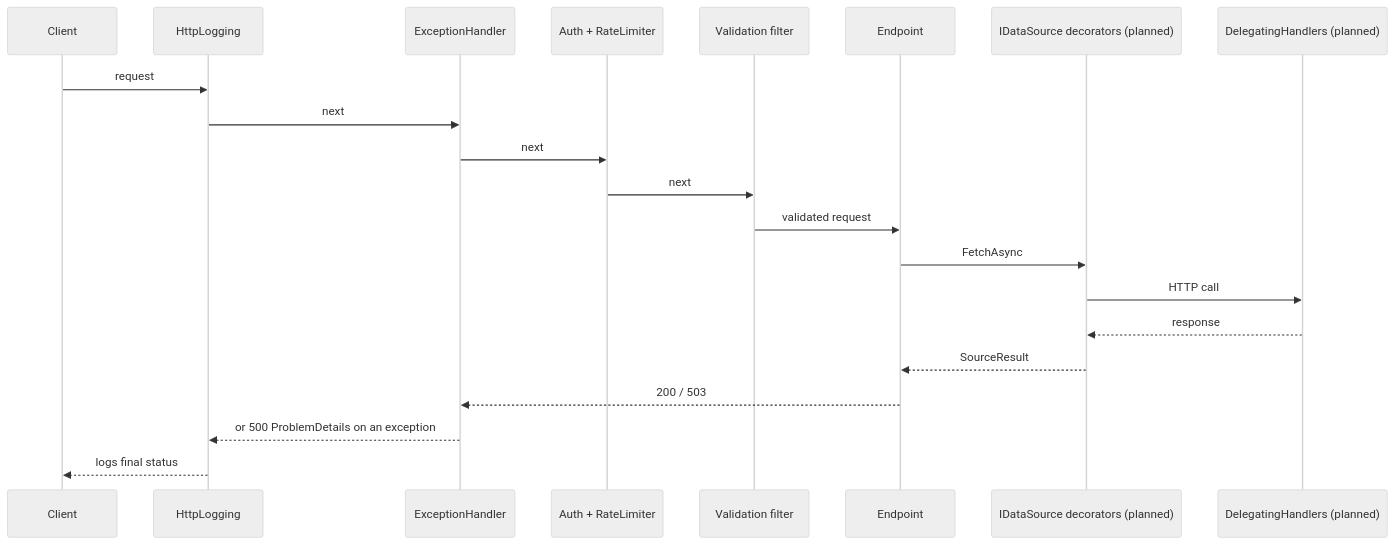
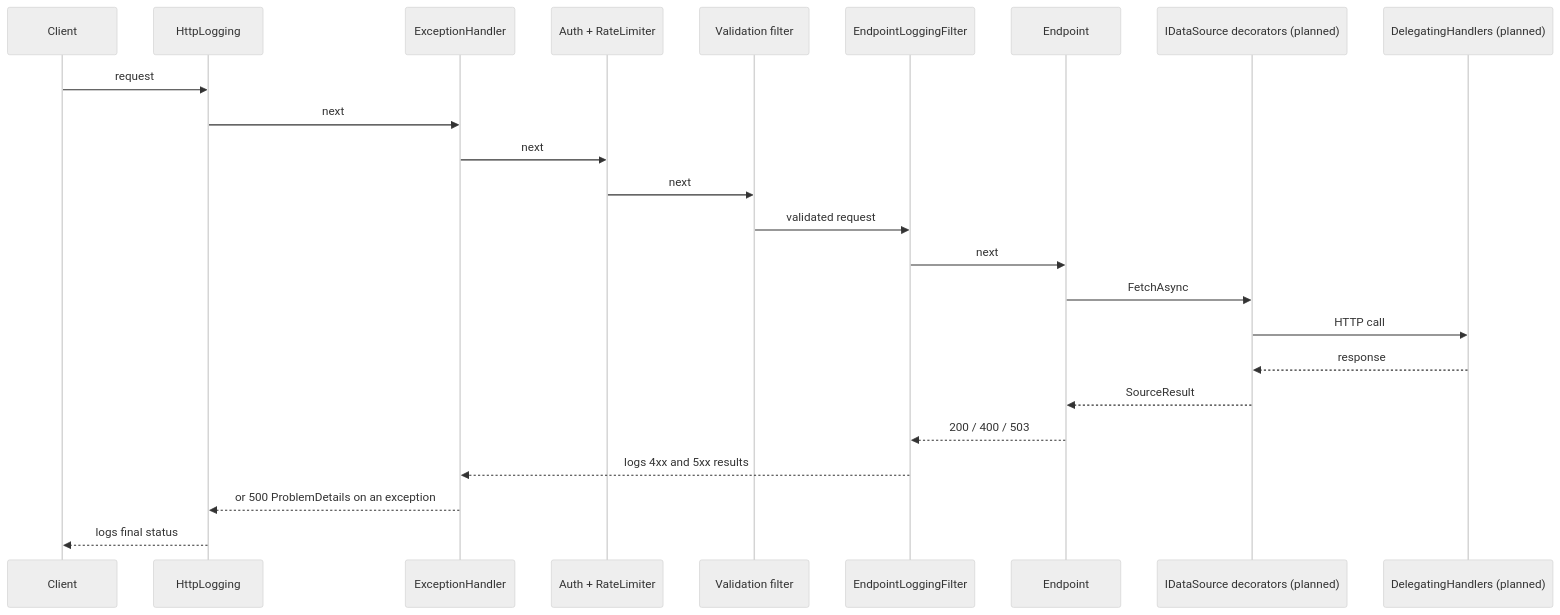
One commit to gokcekuvandik/api-aggregator changed the diagram in README.md. Above: the diagram before and after it, drawn with Mermaid (neutral theme). The commit also changed other lines of this file and 10 other files, not shown here.

````diff
--- a/README.md
+++ b/README.md
@@ -176,23 +177,26 @@
 ```mermaid
 sequenceDiagram
     participant C as Client
     participant L as HttpLogging
     participant E as ExceptionHandler
     participant A as Auth + RateLimiter
     participant V as Validation filter
+    participant F as EndpointLoggingFilter
     participant H as Endpoint
     participant S as IDataSource decorators (planned)
     participant D as DelegatingHandlers (planned)
     C->>L: request
     L->>E: next
     E->>A: next
     A->>V: next
-    V->>H: validated request
+    V->>F: validated request
+    F->>H: next
     H->>S: FetchAsync
     S->>D: HTTP call
     D-->>S: response
     S-->>H: SourceResult
-    H-->>E: 200 / 503
+    H-->>F: 200 / 400 / 503
+    F-->>E: logs 4xx and 5xx results
     E-->>L: or 500 ProblemDetails on an exception
     L-->>C: logs final status
 ```
````
